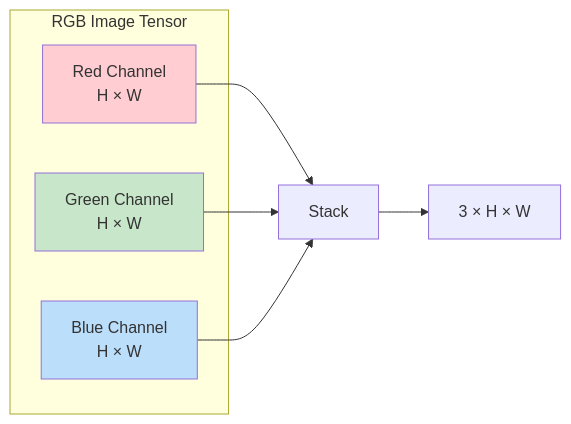
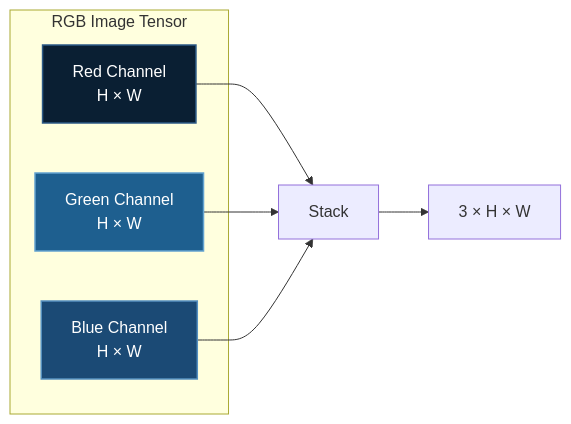
Before and after one commit to yiqiao-yin/deepspeed-course: the fifth of 14 diagrams in docusaurus-docs/docs/tutorials/basic/convnet.md, drawn with Mermaid. The commit also changed other lines of this file and 12 other files, not shown here.

````diff
--- a/docusaurus-docs/docs/tutorials/basic/convnet.md
+++ b/docusaurus-docs/docs/tutorials/basic/convnet.md
@@ -208,17 +208,17 @@
 ```mermaid
 flowchart LR
     subgraph "RGB Image Tensor"
         R["Red Channel<br/>H × W"]
         G["Green Channel<br/>H × W"]
         B["Blue Channel<br/>H × W"]
     end
 
     R --> STACK["Stack"]
     G --> STACK
     B --> STACK
     STACK --> IMG["3 × H × W"]
 
-    style R fill:#ffcdd2
-    style G fill:#c8e6c9
-    style B fill:#bbdefb
+    style R fill:#0a1f33,stroke:#2d5a86,stroke-width:1.5px,color:#ffffff
+    style G fill:#1e5f8f,stroke:#63a3d0,stroke-width:1.5px,color:#ffffff
+    style B fill:#1b4a75,stroke:#5590c0,stroke-width:1.5px,color:#ffffff
 ```
````
